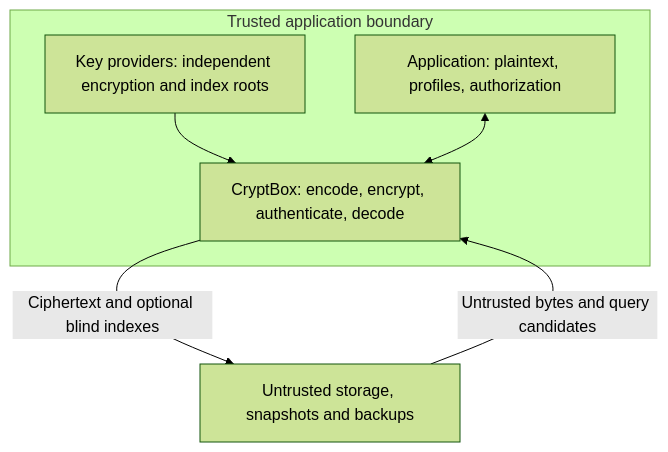
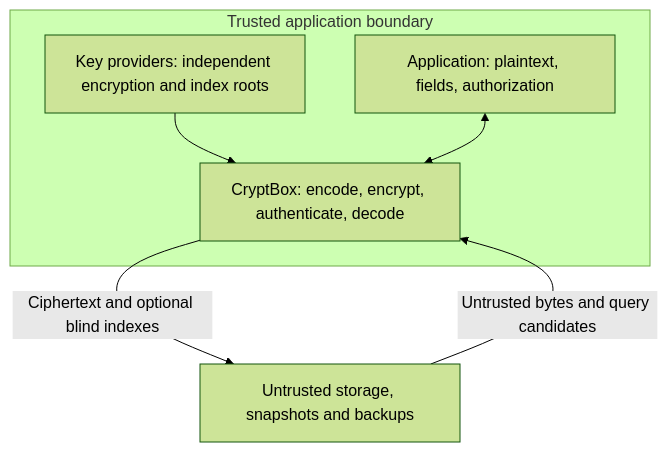
Before and after one commit to sagikazarmark/cryptbox: the diagram in docs/diagrams/trust-boundary.mmd, drawn with Mermaid (forest theme). The commit also changed 74 other files, not shown here.

First line of the commit message:
feat!: replace profiles with Field markers, Plaintext, and const Padding

```diff
--- a/docs/diagrams/trust-boundary.mmd
+++ b/docs/diagrams/trust-boundary.mmd
@@ -1,10 +1,10 @@
 flowchart TB
     subgraph trusted["Trusted application boundary"]
         K["Key providers: independent encryption and index roots"]
-        A["Application: plaintext, profiles, authorization"]
+        A["Application: plaintext, fields, authorization"]
         C["CryptBox: encode, encrypt, authenticate, decode"]
         K --> C
         A <--> C
     end
     C -->|"Ciphertext and optional blind indexes"| S["Untrusted storage, snapshots and backups"]
     S -->|"Untrusted bytes and query candidates"| C
```
